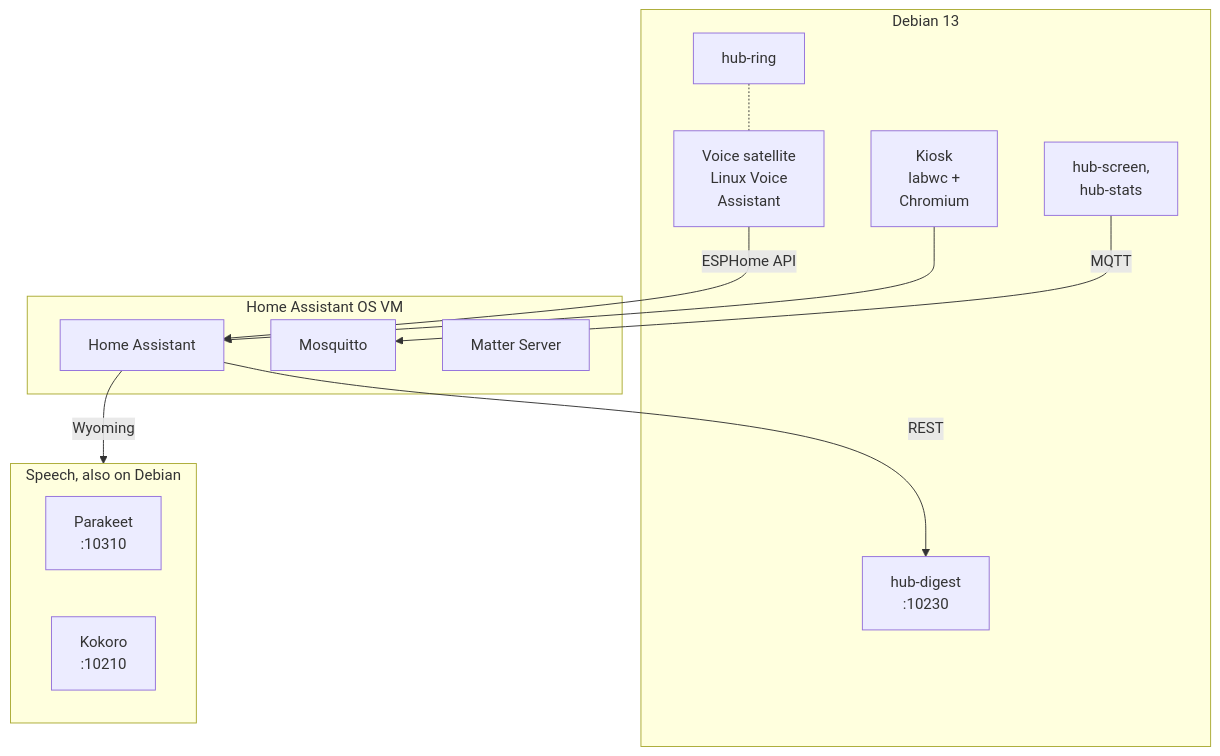
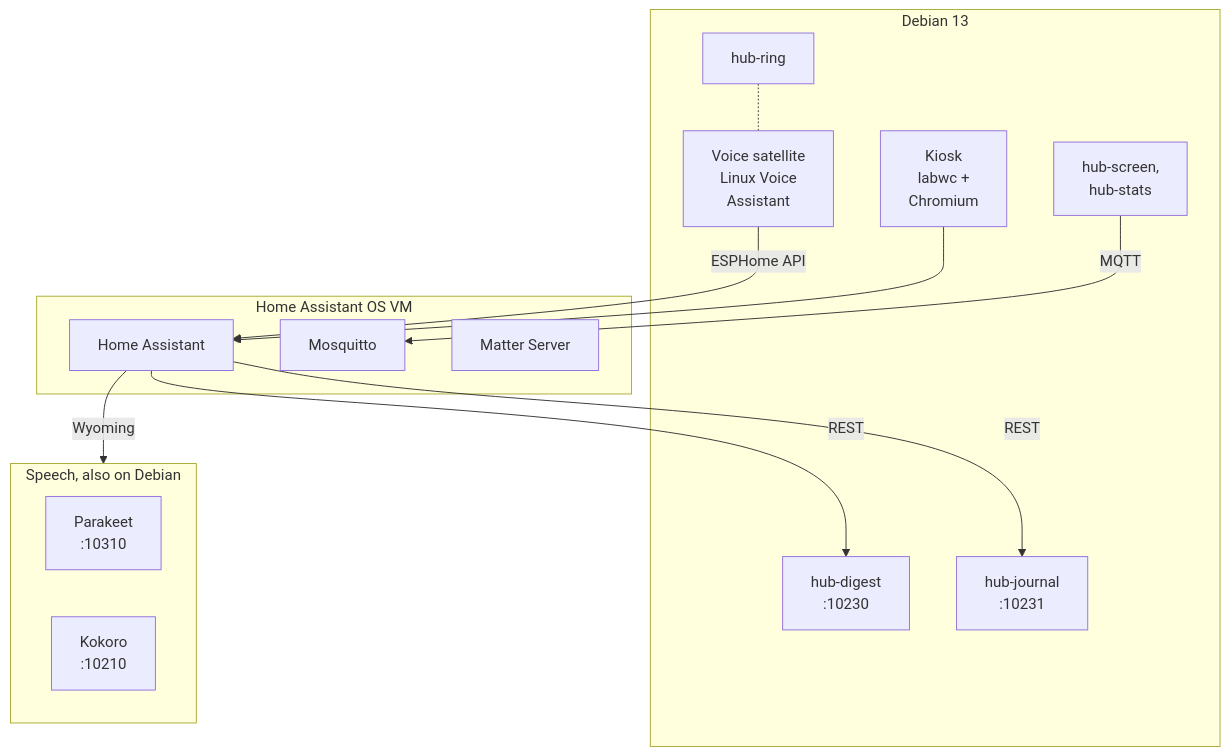
Before and after one commit to SettlingAbyss96/fosters-home-hub: the first of 3 diagrams in docs/architecture.md, drawn with Mermaid. The commit also changed other lines of this file and 27 other files, not shown here.

````diff
--- a/docs/architecture.md
+++ b/docs/architecture.md
@@ -15,29 +15,31 @@
 ```mermaid
 ---
 config:
   themeCSS: ".edgeLabel, .edgeLabel p, .labelBkg { background-color: var(--bgColor-default) !important } .edgeLabel rect { opacity: 1 !important; fill: var(--bgColor-default) !important }"
 ---
 flowchart TD
     subgraph D[Debian 13]
         V[Voice satellite<br/>Linux Voice<br/>Assistant]
         R[hub-ring]
         K[Kiosk<br/>labwc +<br/>Chromium]
         X[hub-screen,<br/>hub-stats]
         Dg[hub-digest<br/>:10230]
+        Jn[hub-journal<br/>:10231]
     end
     subgraph VM[Home Assistant OS VM]
         HA[Home Assistant]
         MQ[Mosquitto]
         MS[Matter Server]
     end
     subgraph S[Speech, also on Debian]
         P[Parakeet<br/>:10310]
         Ko[Kokoro<br/>:10210]
     end
     R -.- V
     V -->|ESPHome API| HA
     K --> HA
     X -->|MQTT| MQ
     HA -->|REST| Dg
+    HA -->|REST| Jn
     HA -->|Wyoming| S
 ```
````
